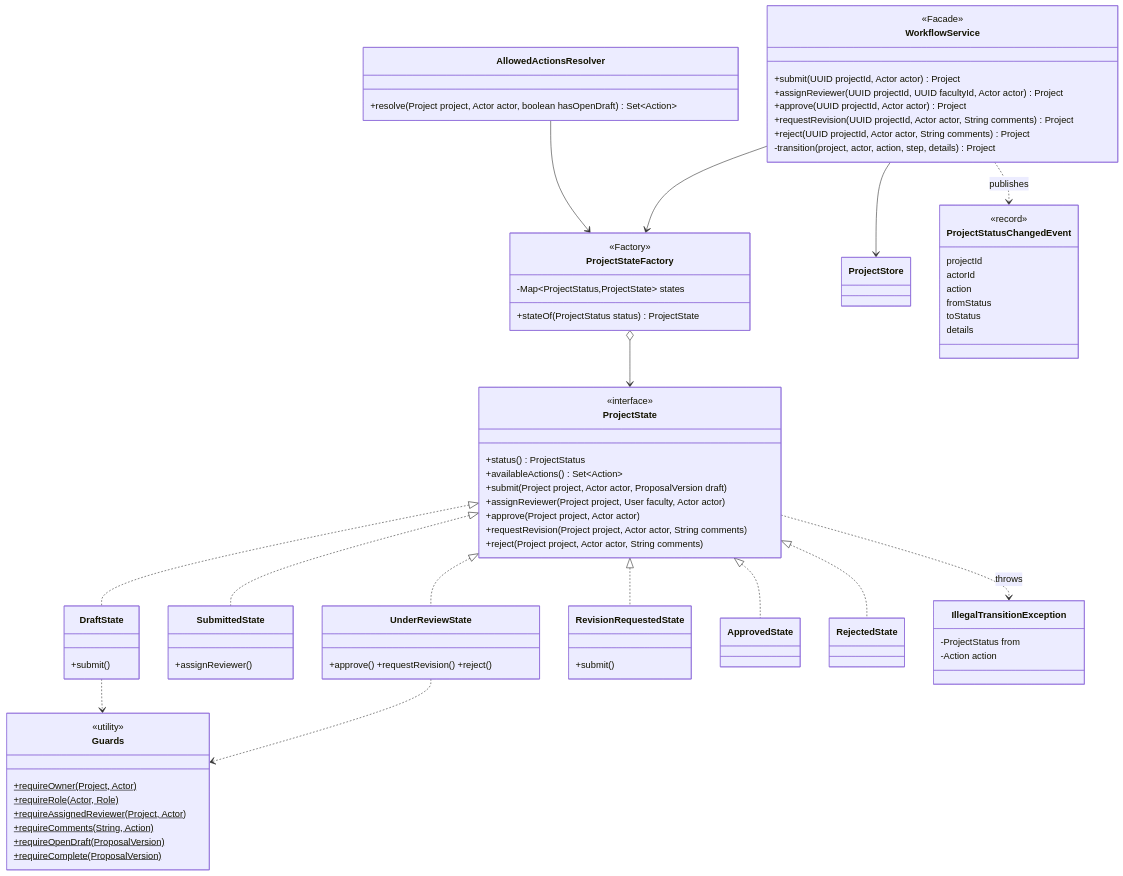
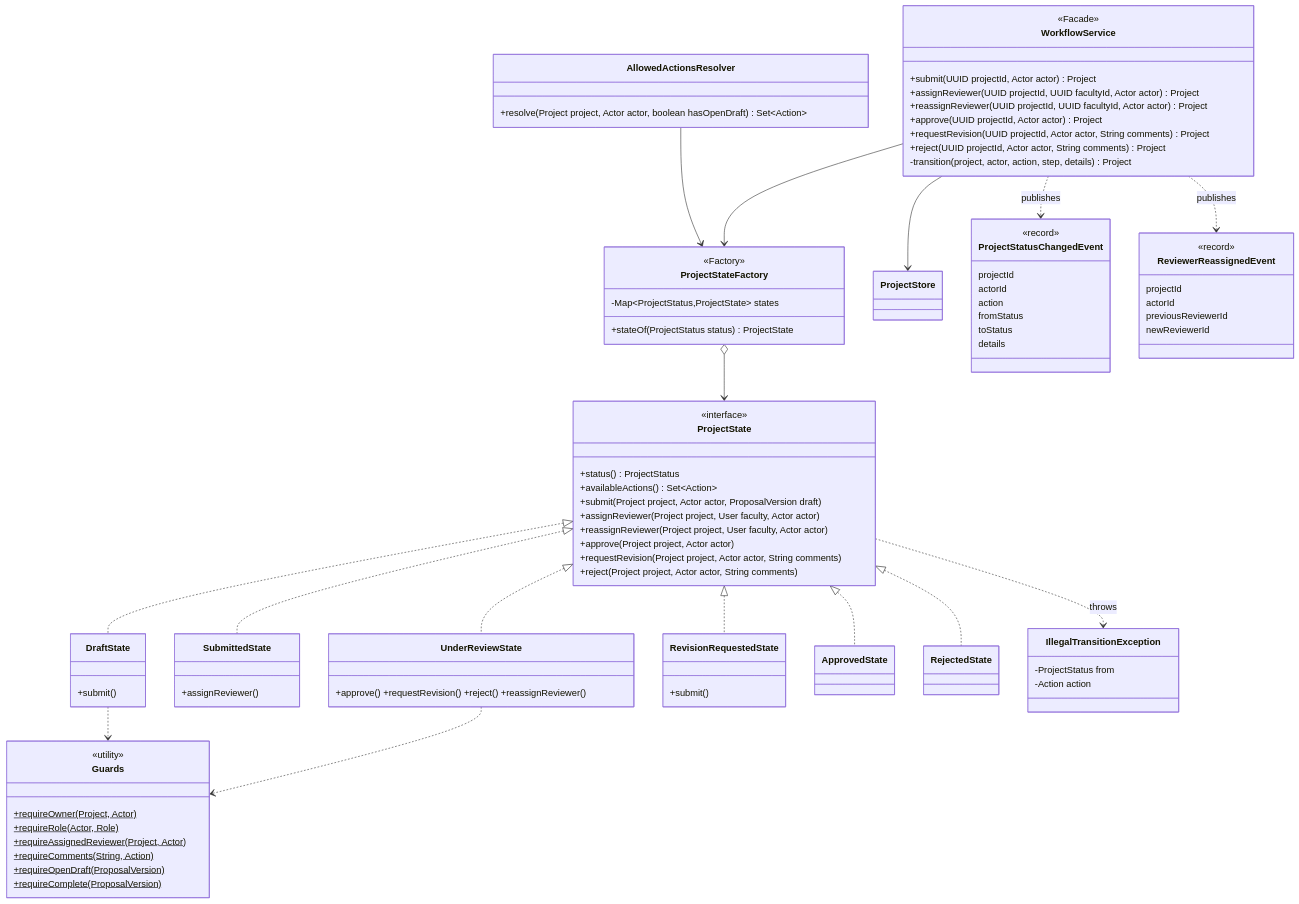
One commit to udita-0707/Prastaav changed the third of 11 diagrams in docs/diagrams.md. Above: the diagram before and after it, drawn with Mermaid. The commit also changed other lines of this file and 8 other files, not shown here.

Commit message:
docs(project): reviewer reassignment transition, contract and diagrams

````diff
--- a/docs/diagrams.md
+++ b/docs/diagrams.md
@@ -236,72 +238,82 @@
 ```mermaid
 classDiagram
   class ProjectState {
     <<interface>>
     +status() ProjectStatus
     +availableActions() Set~Action~
     +submit(Project project, Actor actor, ProposalVersion draft)
     +assignReviewer(Project project, User faculty, Actor actor)
+    +reassignReviewer(Project project, User faculty, Actor actor)
     +approve(Project project, Actor actor)
     +requestRevision(Project project, Actor actor, String comments)
     +reject(Project project, Actor actor, String comments)
   }
   class DraftState { +submit() }
   class SubmittedState { +assignReviewer() }
-  class UnderReviewState { +approve() +requestRevision() +reject() }
+  class UnderReviewState { +approve() +requestRevision() +reject() +reassignReviewer() }
   class RevisionRequestedState { +submit() }
   class ApprovedState
   class RejectedState
   ProjectState <|.. DraftState
   ProjectState <|.. SubmittedState
   ProjectState <|.. UnderReviewState
   ProjectState <|.. RevisionRequestedState
   ProjectState <|.. ApprovedState
   ProjectState <|.. RejectedState
   class ProjectStateFactory {
     <<Factory>>
     -Map~ProjectStatus,ProjectState~ states
     +stateOf(ProjectStatus status) ProjectState
   }
   class WorkflowService {
     <<Facade>>
     +submit(UUID projectId, Actor actor) Project
     +assignReviewer(UUID projectId, UUID facultyId, Actor actor) Project
+    +reassignReviewer(UUID projectId, UUID facultyId, Actor actor) Project
     +approve(UUID projectId, Actor actor) Project
     +requestRevision(UUID projectId, Actor actor, String comments) Project
     +reject(UUID projectId, Actor actor, String comments) Project
     -transition(project, actor, action, step, details) Project
   }
   class Guards {
     <<utility>>
     +requireOwner(Project, Actor)$
     +requireRole(Actor, Role)$
     +requireAssignedReviewer(Project, Actor)$
     +requireComments(String, Action)$
     +requireOpenDraft(ProposalVersion)$
     +requireComplete(ProposalVersion)$
   }
   class AllowedActionsResolver {
     +resolve(Project project, Actor actor, boolean hasOpenDraft) Set~Action~
   }
   class IllegalTransitionException {
     -ProjectStatus from
     -Action action
   }
   class ProjectStatusChangedEvent {
     <<record>>
     projectId
     actorId
     action
     fromStatus
     toStatus
     details
   }
+  class ReviewerReassignedEvent {
+    <<record>>
+    projectId
+    actorId
+    previousReviewerId
+    newReviewerId
+  }
   ProjectStateFactory o--> ProjectState
   WorkflowService --> ProjectStateFactory
   WorkflowService --> ProjectStore
   WorkflowService ..> ProjectStatusChangedEvent : publishes
+  WorkflowService ..> ReviewerReassignedEvent : publishes
   AllowedActionsResolver --> ProjectStateFactory
   ProjectState ..> IllegalTransitionException : throws
   DraftState ..> Guards
   UnderReviewState ..> Guards
 ```
````
